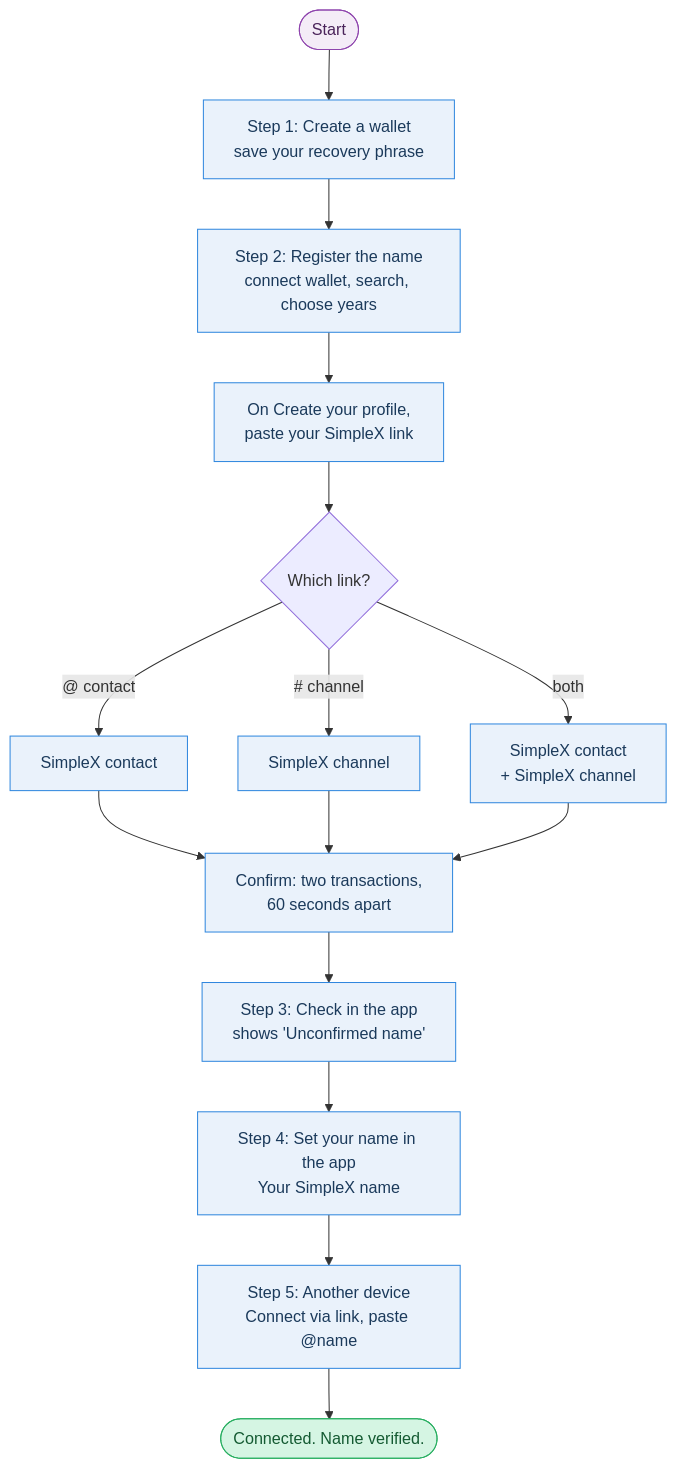
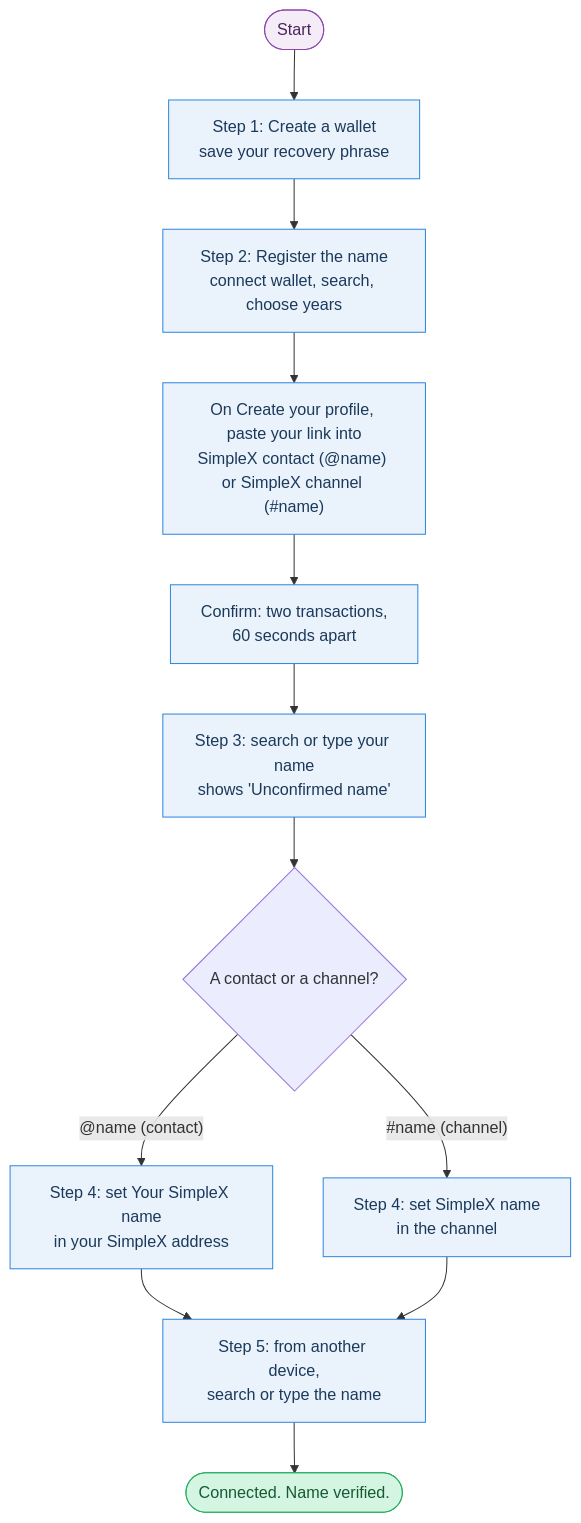
One commit to simplex-chat/simplex-chat changed the diagram in docs/guide/diagrams/simplex-name-steps.mmd. Above: the diagram before and after it, drawn with Mermaid. The commit also changed 4 other files, not shown here.

First line of the commit message:
docs: light screenshots, update name flow diagram

```diff
--- a/docs/guide/diagrams/simplex-name-steps.mmd
+++ b/docs/guide/diagrams/simplex-name-steps.mmd
@@ -1,22 +1,19 @@
 flowchart TD
   S([Start]) --> A["Step 1: Create a wallet<br/>save your recovery phrase"]
   A --> B["Step 2: Register the name<br/>connect wallet, search, choose years"]
-  B --> C["On Create your profile,<br/>paste your SimpleX link"]
-  C --> D{"Which link?"}
-  D -->|"@ contact"| E["SimpleX contact"]
-  D -->|"# channel"| F["SimpleX channel"]
-  D -->|"both"| G["SimpleX contact<br/>+ SimpleX channel"]
-  E --> H["Confirm: two transactions,<br/>60 seconds apart"]
-  F --> H
-  G --> H
-  H --> I["Step 3: Check in the app<br/>shows 'Unconfirmed name'"]
-  I --> J["Step 4: Set your name in the app<br/>Your SimpleX name"]
-  J --> K["Step 5: Another device<br/>Connect via link, paste @name"]
+  B --> C["On Create your profile, paste your link into<br/>SimpleX contact (@name) or SimpleX channel (#name)"]
+  C --> H["Confirm: two transactions,<br/>60 seconds apart"]
+  H --> I["Step 3: search or type your name<br/>shows 'Unconfirmed name'"]
+  I --> D{"A contact or a channel?"}
+  D -->|"@name (contact)"| J1["Step 4: set Your SimpleX name<br/>in your SimpleX address"]
+  D -->|"#name (channel)"| J2["Step 4: set SimpleX name<br/>in the channel"]
+  J1 --> K["Step 5: from another device,<br/>search or type the name"]
+  J2 --> K
   K --> Z([Connected. Name verified.])
 
   classDef start fill:#f4ecf7,stroke:#8e44ad,color:#4a235a;
   classDef step fill:#eaf2fb,stroke:#2e86de,color:#1b3a5b;
   classDef ok fill:#d5f5e3,stroke:#27ae60,color:#145a32;
   class S start;
   class Z ok;
-  class A,B,C,E,F,G,H,I,J,K step;
+  class A,B,C,H,I,J1,J2,K step;
```
